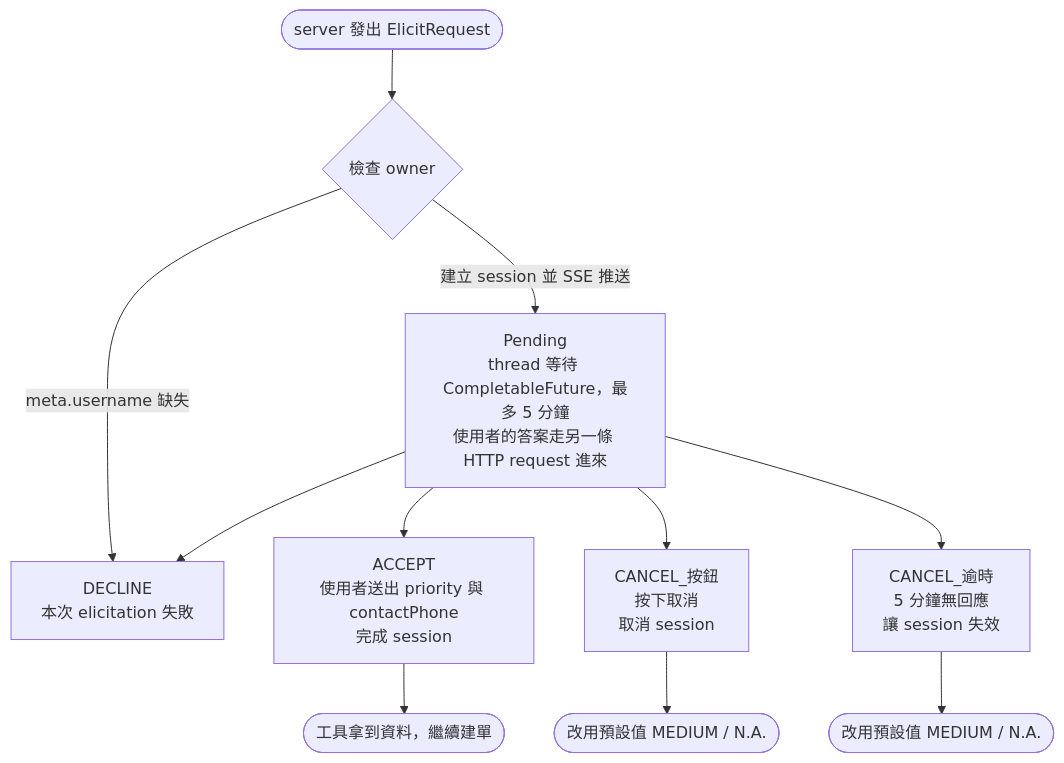
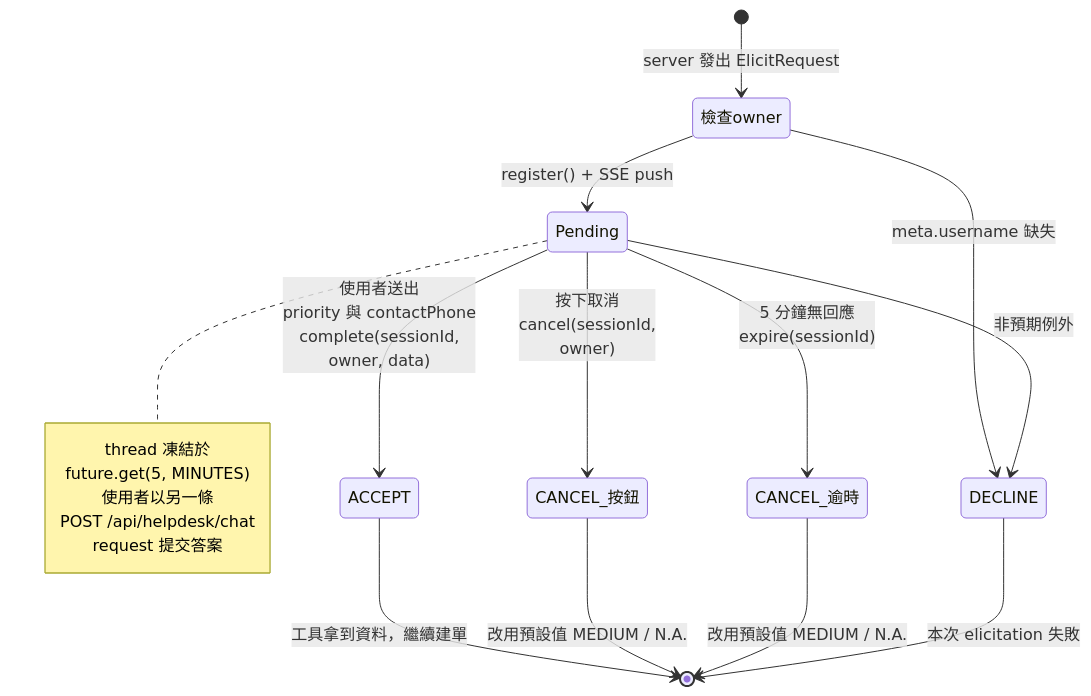
The second of 3 diagrams in README.md (tonysk0210/springai-mcp-stdio), drawn with Mermaid before and after one commit. The commit also changed other lines of this file, not shown here.

````diff
--- a/README.md
+++ b/README.md
@@ -132,15 +132,25 @@
 ```mermaid
-flowchart TD
-    START([server 發出 ElicitRequest]) --> CHECK{檢查 owner}
-    CHECK -->|meta.username 缺失| DECLINE[DECLINE<br/>本次 elicitation 失敗]
-    CHECK -->|建立 session 並 SSE 推送| PENDING[Pending<br/>thread 等待 CompletableFuture，最多 5 分鐘<br/>使用者的答案走另一條 HTTP request 進來]
+stateDiagram-v2
+    [*] --> 檢查owner: server 發出 ElicitRequest
 
-    PENDING --> ACCEPT[ACCEPT<br/>使用者送出 priority 與 contactPhone<br/>完成 session]
-    PENDING --> CANCEL_BUTTON[CANCEL_按鈕<br/>按下取消<br/>取消 session]
-    PENDING --> CANCEL_TIMEOUT[CANCEL_逾時<br/>5 分鐘無回應<br/>讓 session 失效]
-    PENDING --> DECLINE
+    檢查owner --> DECLINE: meta.username 缺失
+    檢查owner --> Pending: register() + SSE push
 
-    ACCEPT --> DONE_ACCEPT([工具拿到資料，繼續建單])
-    CANCEL_BUTTON --> DONE_CANCEL_BUTTON([改用預設值 MEDIUM / N.A.])
-    CANCEL_TIMEOUT --> DONE_CANCEL_TIMEOUT([改用預設值 MEDIUM / N.A.])
+    Pending --> ACCEPT: 使用者送出<br/>priority 與 contactPhone<br/>complete(sessionId,<br/>owner, data)
+    Pending --> CANCEL_按鈕: 按下取消<br/>cancel(sessionId,<br/>owner)
+    Pending --> CANCEL_逾時: 5 分鐘無回應<br/>expire(sessionId)
+    Pending --> DECLINE: 非預期例外
+
+    ACCEPT --> [*]: 工具拿到資料，繼續建單
+    CANCEL_按鈕 --> [*]: 改用預設值 MEDIUM / N.A.
+    CANCEL_逾時 --> [*]: 改用預設值 MEDIUM / N.A.
+    DECLINE --> [*]: 本次 elicitation 失敗
+
+    note right of Pending
+        thread 凍結於
+        future.get(5, MINUTES)
+        使用者以另一條
+        POST /api/helpdesk/chat
+        request 提交答案
+    end note
 ```
````
